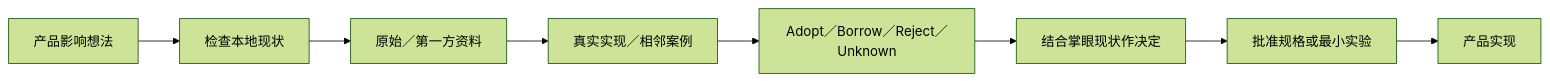
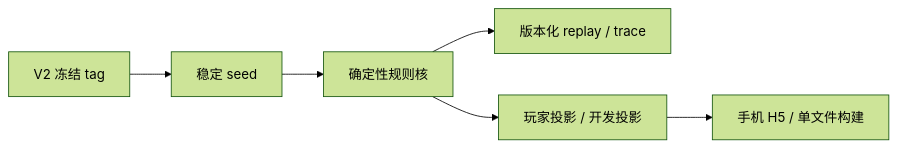
One commit to NomuTsuki/zhangyan changed the first of 2 diagrams in docs/project/01-SYSTEM-MAP.md. Above: the diagram before and after it, drawn with Mermaid (forest theme). The commit also changed other lines of this file and 23 other files, not shown here.

````diff
--- a/docs/project/01-SYSTEM-MAP.md
+++ b/docs/project/01-SYSTEM-MAP.md
@@ -108,10 +23,8 @@
 ```mermaid
 flowchart LR
-    Idea["产品影响想法"] --> Local["检查本地现状"]
-    Local --> Primary["原始／第一方资料"]
-    Primary --> Practice["真实实现／相邻案例"]
-    Practice --> Result["Adopt／Borrow／Reject／Unknown"]
-    Result --> Decision["结合掌眼现状作决定"]
-    Decision --> Spec["批准规格或最小实验"]
-    Spec --> Code["产品实现"]
+    Tag["V2 冻结 tag"] --> Seed["稳定 seed"]
+    Seed --> Reducer["确定性规则核"]
+    Reducer --> Replay["版本化 replay / trace"]
+    Reducer --> Projection["玩家投影 / 开发投影"]
+    Projection --> Html["手机 H5 / 单文件构建"]
 ```
````
